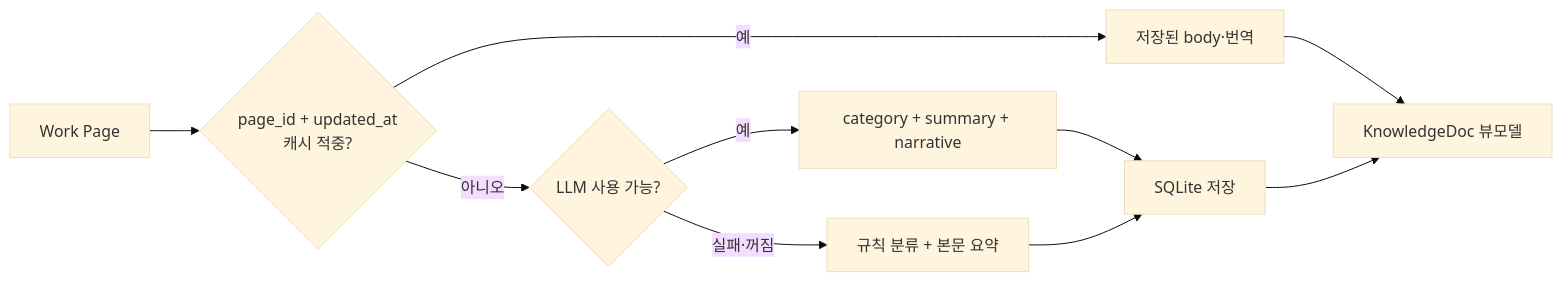
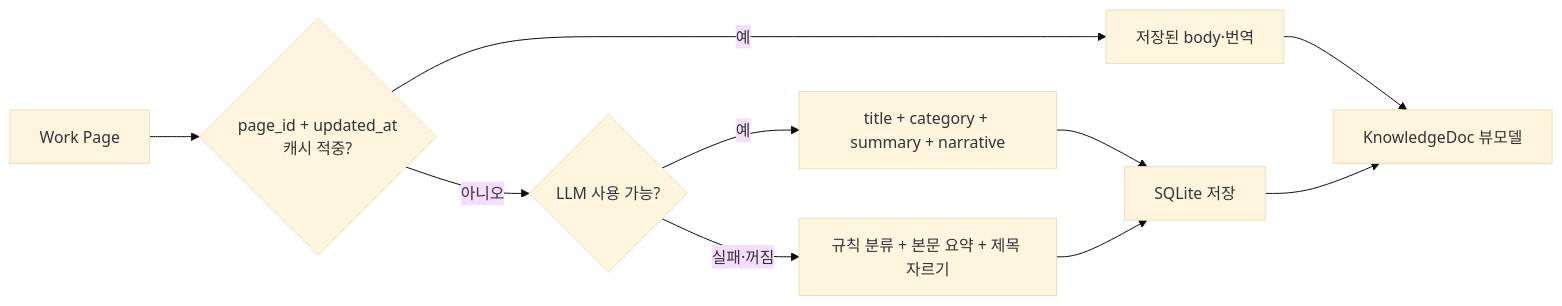
One commit to dev-team-404/space-a changed the diagram in docs/architecture/a-lens/04-data-and-integration.md. Above: the diagram before and after it, drawn with Mermaid (base theme). The commit also changed other lines of this file and 5 other files, not shown here.

````diff
--- a/docs/architecture/a-lens/04-data-and-integration.md
+++ b/docs/architecture/a-lens/04-data-and-integration.md
@@ -51,12 +51,12 @@
 ```mermaid
 flowchart LR
     Page["Work Page"] --> Cache{"page_id + updated_at\n캐시 적중?"}
     Cache -->|예| Saved["저장된 body·번역"]
     Cache -->|아니오| LLM{"LLM 사용 가능?"}
-    LLM -->|예| Generated["category + summary + narrative"]
-    LLM -->|실패·꺼짐| Rules["규칙 분류 + 본문 요약"]
+    LLM -->|예| Generated["title + category + summary + narrative"]
+    LLM -->|실패·꺼짐| Rules["규칙 분류 + 본문 요약 + 제목 자르기"]
     Generated --> DB["SQLite 저장"]
     Rules --> DB
     Saved --> View["KnowledgeDoc 뷰모델"]
     DB --> View
 ```
````
